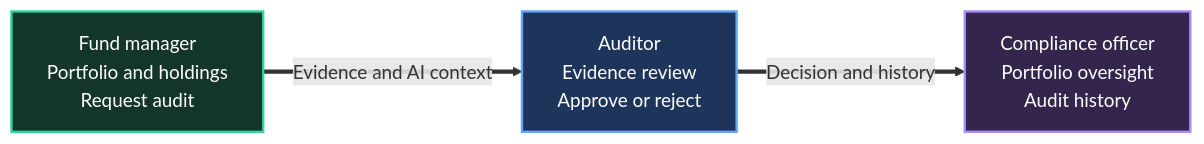
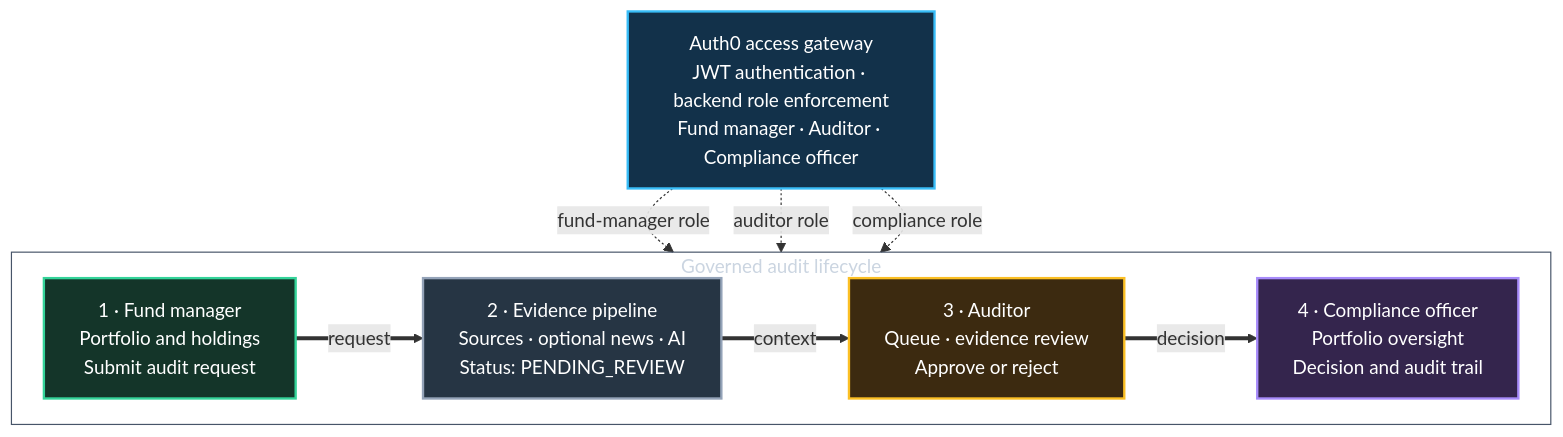
The diagram in README.md (Scampoloni/TrueYield), drawn with Mermaid before and after one commit. The commit also changed other lines of this file, not shown here.

Commit message:
Expand README workflow visual

````diff
--- a/README.md
+++ b/README.md
@@ -35,16 +33,33 @@
 ```mermaid
-flowchart LR
-    FM["Fund manager<br/>Portfolio and holdings<br/>Request audit"]
-    AU["Auditor<br/>Evidence review<br/>Approve or reject"]
-    CO["Compliance officer<br/>Portfolio oversight<br/>Audit history"]
+%%{init: {'flowchart': {'nodeSpacing': 24, 'rankSpacing': 30}} }%%
+flowchart TB
+    Auth["Auth0 access gateway<br/>JWT authentication · backend role enforcement<br/>Fund manager · Auditor · Compliance officer"]
 
-    FM ==>|"Evidence and AI context"| AU
-    AU ==>|"Decision and history"| CO
+    subgraph Lifecycle["Governed audit lifecycle"]
+        direction LR
+        FM["1 · Fund manager<br/>Portfolio and holdings<br/>Submit audit request"]
+        Evidence["2 · Evidence pipeline<br/>Sources · optional news · AI<br/>Status: PENDING_REVIEW"]
+        Auditor["3 · Auditor<br/>Queue · evidence review<br/>Approve or reject"]
+        Compliance["4 · Compliance officer<br/>Portfolio oversight<br/>Decision and audit trail"]
 
+        FM ==>|"request"| Evidence
+        Evidence ==>|"context"| Auditor
+        Auditor ==>|"decision"| Compliance
+    end
+
+    Auth -. "fund-manager role" .-> FM
+    Auth -. "auditor role" .-> Auditor
+    Auth -. "compliance role" .-> Compliance
+
+    classDef access fill:#12314a,stroke:#38bdf8,color:#ffffff,stroke-width:2px
     classDef fund fill:#143529,stroke:#34d399,color:#ffffff,stroke-width:2px
-    classDef audit fill:#1e355b,stroke:#60a5fa,color:#ffffff,stroke-width:2px
+    classDef evidence fill:#263544,stroke:#94a3b8,color:#ffffff,stroke-width:2px
+    classDef audit fill:#3c2a10,stroke:#fbbf24,color:#ffffff,stroke-width:2px
     classDef compliance fill:#34254d,stroke:#a78bfa,color:#ffffff,stroke-width:2px
+    class Auth access
     class FM fund
-    class AU audit
-    class CO compliance
+    class Evidence evidence
+    class Auditor audit
+    class Compliance compliance
+    style Lifecycle fill:transparent,stroke:#475569,stroke-width:1px,color:#cbd5e1
 ```
````
